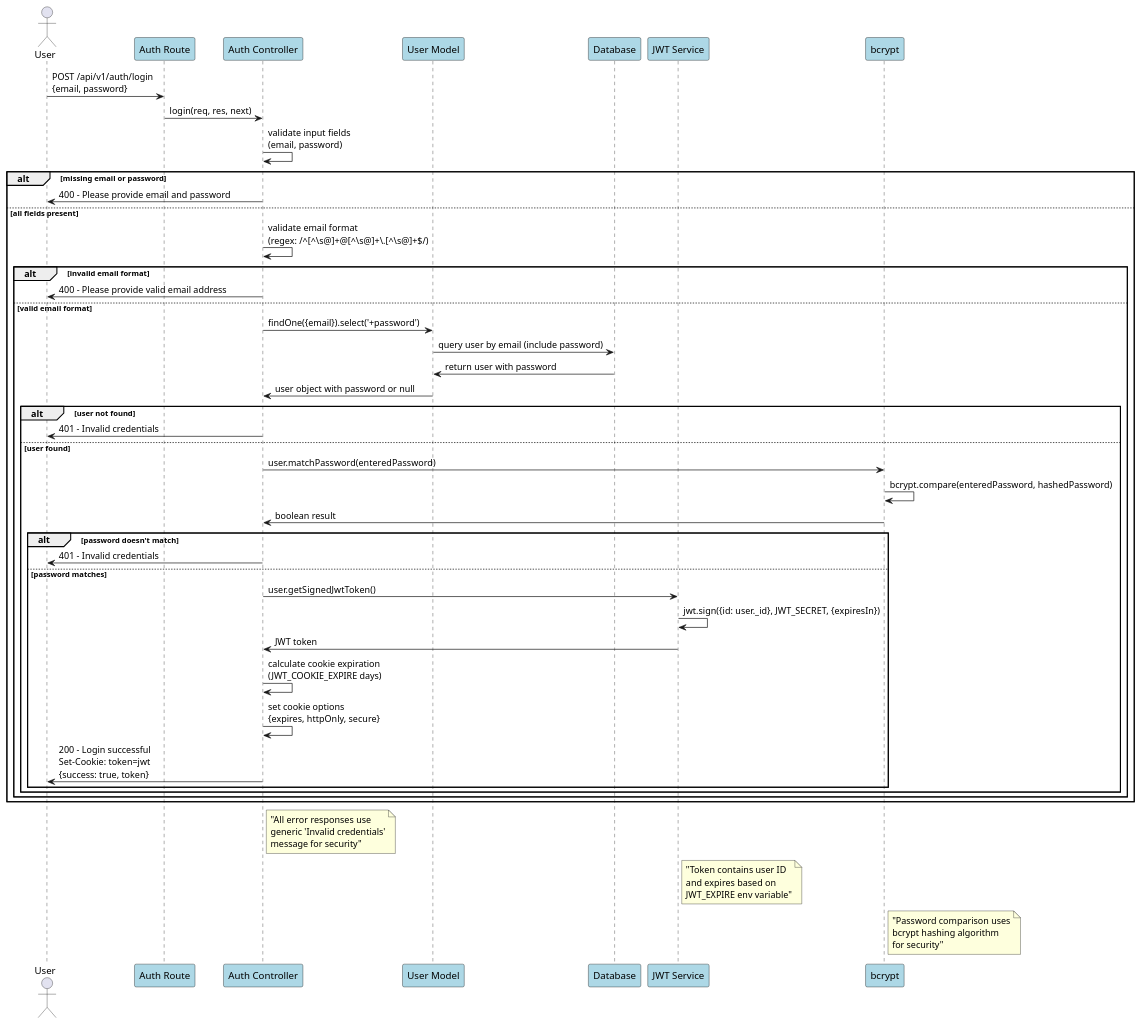
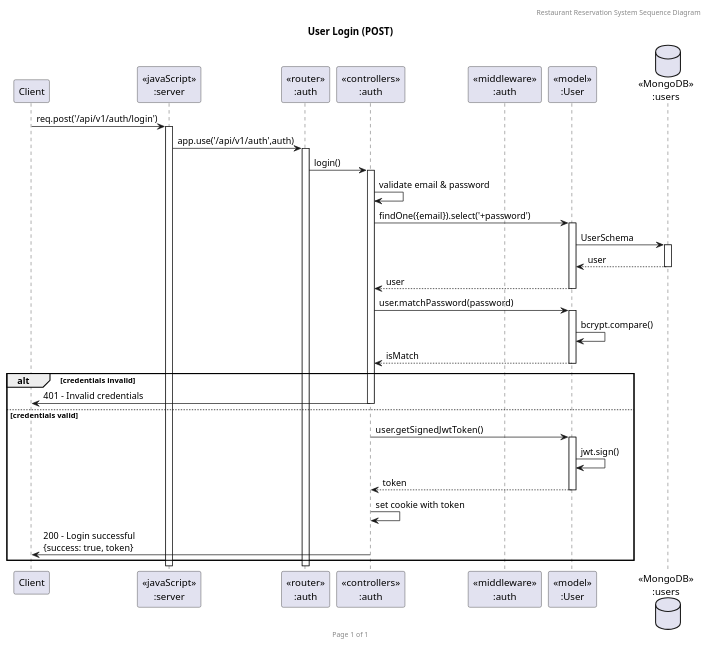
One commit to Jirapat-K-F/SLEEP_FINAL_PROJECT changed the diagram in docs/sequence-login.puml. Above: the diagram before and after it, drawn with PlantUML.

Commit message:
fix login doc

```diff
--- a/docs/sequence-login.puml
+++ b/docs/sequence-login.puml
@@ -1,62 +1,36 @@
-@startuml LoginSequence
-skinparam participant {
-    BackgroundColor lightblue
-    BorderColor black
-}
+@startuml User Login (POST)
 
-actor User
-participant "Auth Route" as Route
-participant "Auth Controller" as Controller
-participant "User Model" as Model
-participant "Database" as DB
-participant "JWT Service" as JWT
-participant "bcrypt" as Bcrypt
+header Restaurant Reservation System Sequence Diagram
+footer Page %page% of %lastpage%
+title "User Login (POST)"
 
-User -> Route: POST /api/v1/auth/login\n{email, password}
-Route -> Controller: login(req, res, next)
+participant "Client" as client
+participant "<<javaScript>>\n:server" as server
+participant "<<router>>\n:auth" as routerAuth
+participant "<<controllers>>\n:auth" as controllersAuth
+participant "<<middleware>>\n:auth" as middlewareAuth
+participant "<<model>>\n:User" as modelUser
+database "<<MongoDB>>\n:users" as UsersDatabase
 
-Controller -> Controller: validate input fields\n(email, password)
-
-alt missing email or password
-    Controller -> User: 400 - Please provide email and password
-else all fields present
-    Controller -> Controller: validate email format\n(regex: /^[^\s@]+@[^\s@]+\.[^\s@]+$/)
-    
-    alt invalid email format
-        Controller -> User: 400 - Please provide valid email address
-    else valid email format
-        Controller -> Model: findOne({email}).select('+password')
-        Model -> DB: query user by email (include password)
-        DB -> Model: return user with password
-        Model -> Controller: user object with password or null
-        
-        alt user not found
-            Controller -> User: 401 - Invalid credentials
-        else user found
-            Controller -> Bcrypt: user.matchPassword(enteredPassword)
-            Bcrypt -> Bcrypt: bcrypt.compare(enteredPassword, hashedPassword)
-            Bcrypt -> Controller: boolean result
-            
-            alt password doesn't match
-                Controller -> User: 401 - Invalid credentials
-            else password matches
-                Controller -> JWT: user.getSignedJwtToken()
-                JWT -> JWT: jwt.sign({id: user._id}, JWT_SECRET, {expiresIn})
-                JWT -> Controller: JWT token
-                
-                Controller -> Controller: calculate cookie expiration\n(JWT_COOKIE_EXPIRE days)
-                Controller -> Controller: set cookie options\n{expires, httpOnly, secure}
-                
-                Controller -> User: 200 - Login successful\nSet-Cookie: token=jwt\n{success: true, token}
-            end
-        end
-    end
+client->server ++:req.post('/api/v1/auth/login')
+server->routerAuth ++:app.use('/api/v1/auth',auth)
+routerAuth -> controllersAuth ++:login()
+controllersAuth->controllersAuth:validate email & password
+controllersAuth->modelUser ++:findOne({email}).select('+password')
+modelUser ->UsersDatabase ++: UserSchema
+UsersDatabase --> modelUser --: user
+controllersAuth <-- modelUser --:user
+controllersAuth->modelUser ++:user.matchPassword(password)
+modelUser->modelUser:bcrypt.compare()
+controllersAuth <-- modelUser --:isMatch
+alt credentials invalid
+    controllersAuth->client --:401 - Invalid credentials
+else credentials valid
+    controllersAuth->modelUser ++:user.getSignedJwtToken()
+    modelUser->modelUser:jwt.sign()
+    controllersAuth <-- modelUser --:token
+    controllersAuth->controllersAuth:set cookie with token
+    controllersAuth->client --:200 - Login successful\n{success: true, token}
 end
 
-note right of Controller : "All error responses use\ngeneric 'Invalid credentials'\nmessage for security"
-
-note right of JWT : "Token contains user ID\nand expires based on\nJWT_EXPIRE env variable"
-
-note right of Bcrypt : "Password comparison uses\nbcrypt hashing algorithm\nfor security"
-
 @enduml
```
